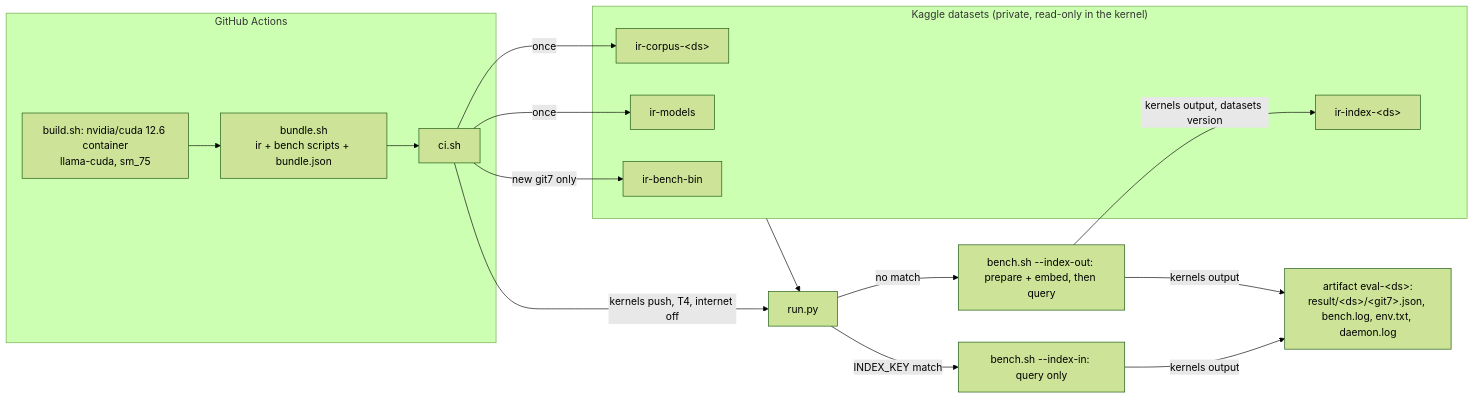
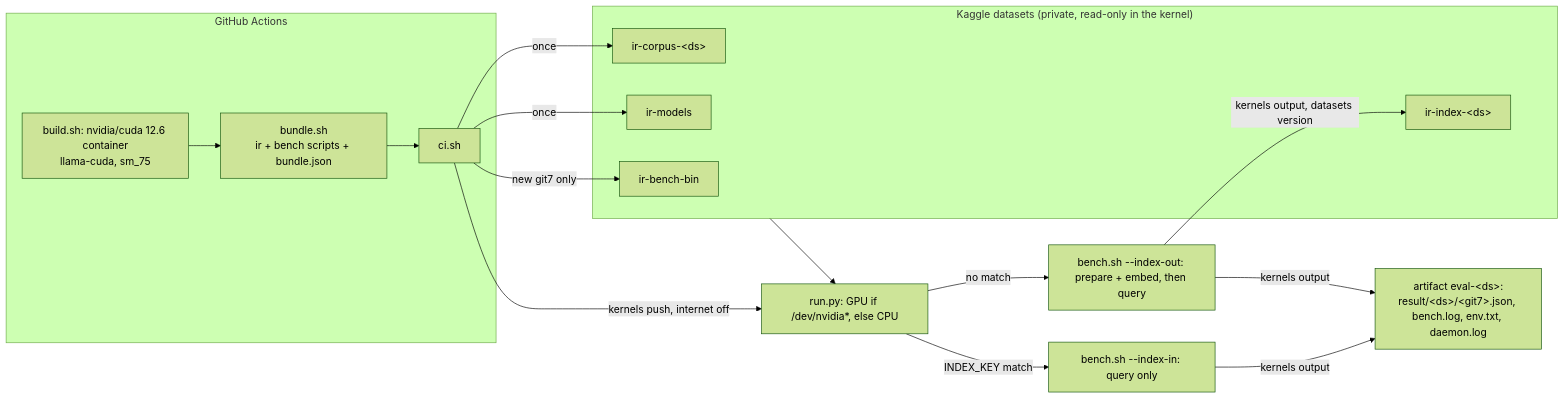
One commit to vlwkaos/ir changed the diagram in research/kaggle-eval.md. Above: the diagram before and after it, drawn with Mermaid (forest theme). The commit also changed other lines of this file, not shown here.

Commit message:
research/kaggle-eval: CPU fallback, CPU timings, fetch and how to run

````diff
--- a/research/kaggle-eval.md
+++ b/research/kaggle-eval.md
@@ -7,21 +8,21 @@
 ```mermaid
 flowchart LR
   subgraph GH["GitHub Actions"]
     B["build.sh: nvidia/cuda 12.6 container<br/>llama-cuda, sm_75"] --> BU["bundle.sh<br/>ir + bench scripts + bundle.json"]
     BU --> CI["ci.sh"]
   end
   subgraph KD["Kaggle datasets (private, read-only in the kernel)"]
     C["ir-corpus-&lt;ds&gt;"]
     M["ir-models"]
     BIN["ir-bench-bin"]
     I["ir-index-&lt;ds&gt;"]
   end
   CI -->|"once"| C & M
   CI -->|"new git7 only"| BIN
-  CI -->|"kernels push, T4, internet off"| K["run.py"]
+  CI -->|"kernels push, internet off"| K["run.py: GPU if /dev/nvidia*, else CPU"]
   KD --> K
   K -->|"INDEX_KEY match"| Q["bench.sh --index-in: query only"]
   K -->|"no match"| P["bench.sh --index-out: prepare + embed, then query"]
   P -->|"kernels output, datasets version"| I
   Q & P -->|"kernels output"| A["artifact eval-&lt;ds&gt;:<br/>result/&lt;ds&gt;/&lt;git7&gt;.json, bench.log, env.txt, daemon.log"]
 ```
````
